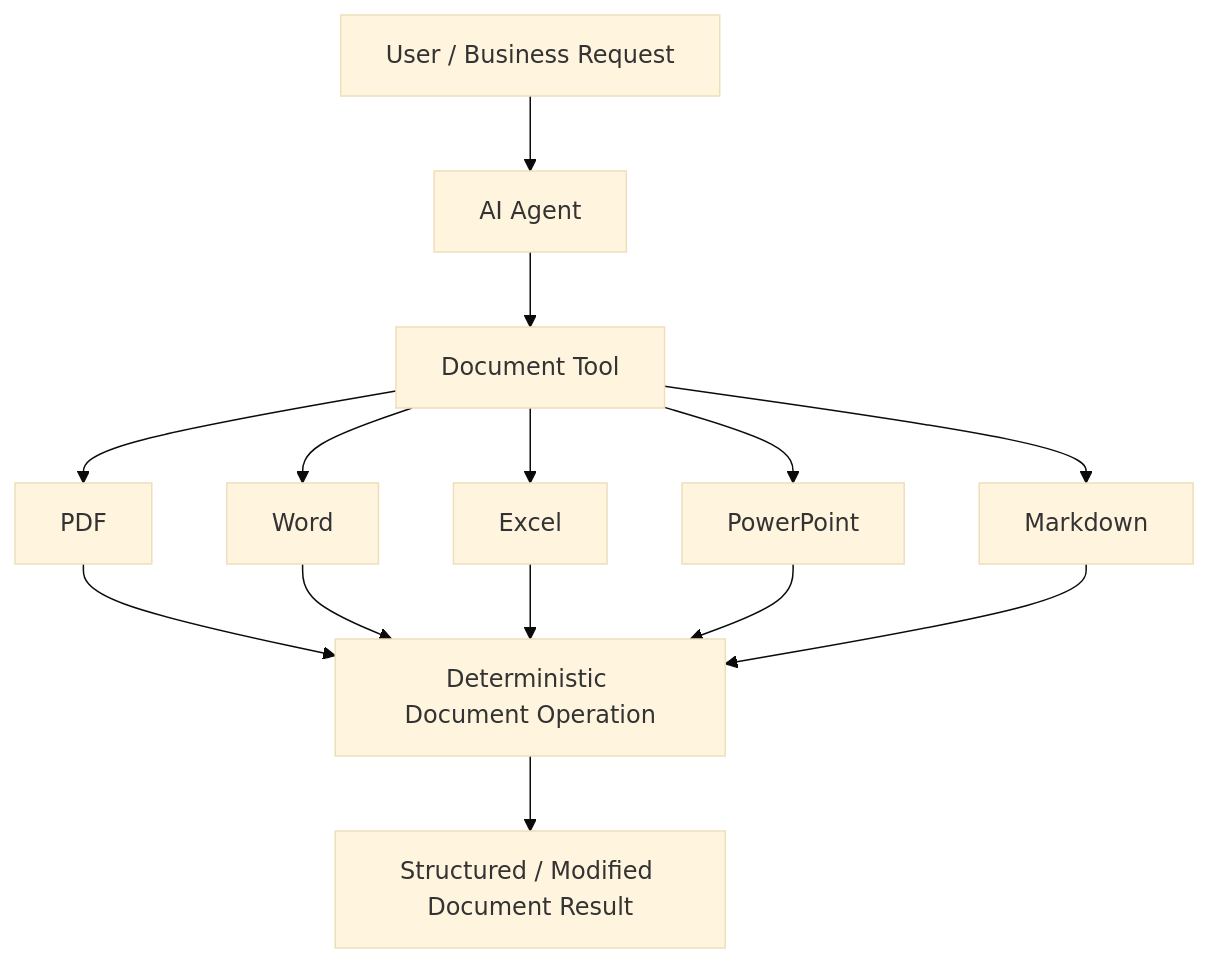
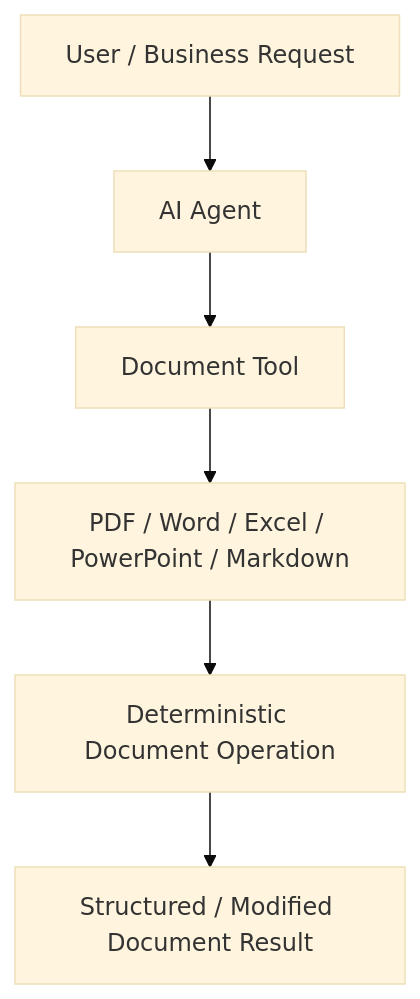
Before and after one commit to Milancho/ai-engineering-playbook: the second of 10 diagrams in docs/research/Syncfusion-AI-Tools.md, drawn with Mermaid (base theme). The commit also changed other lines of this file, not shown here.

````diff
--- a/docs/research/Syncfusion-AI-Tools.md
+++ b/docs/research/Syncfusion-AI-Tools.md
@@ -46,16 +31,8 @@
 ```mermaid
 flowchart TD
     A[User / Business Request] --> B[AI Agent]
     B --> C[Document Tool]
-    C --> D[PDF]
-    C --> E[Word]
-    C --> F[Excel]
-    C --> G[PowerPoint]
-    C --> H[Markdown]
-    D --> I[Deterministic Document Operation]
-    E --> I
-    F --> I
-    G --> I
-    H --> I
-    I --> J[Structured / Modified Document Result]
+    C --> D[PDF / Word / Excel / PowerPoint / Markdown]
+    D --> E[Deterministic Document Operation]
+    E --> F[Structured / Modified Document Result]
 ```
````
